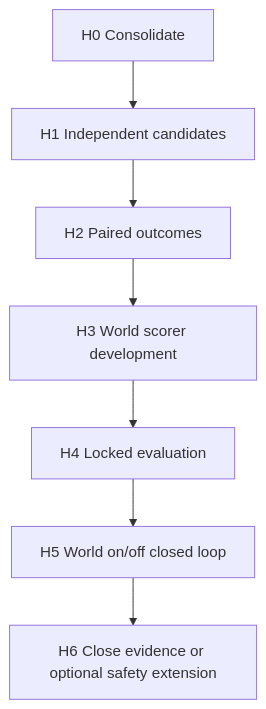
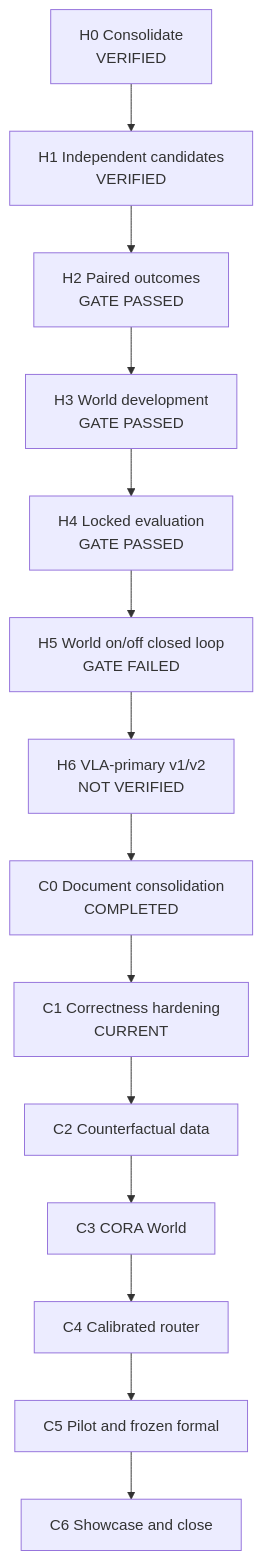
The diagram in ROADMAP.md (BaiYeGX/safedrive-foundry), drawn with Mermaid before and after one commit. The commit also changed other lines of this file and 34 other files, not shown here.

Commit message:
docs: consolidate H6-CORA active contracts

````diff
--- a/ROADMAP.md
+++ b/ROADMAP.md
@@ -8,9 +8,16 @@
 ```mermaid
 flowchart TD
-    H0["H0 Consolidate"] --> H1["H1 Independent candidates"]
-    H1 --> H2["H2 Paired outcomes"]
-    H2 --> H3["H3 World scorer development"]
-    H3 --> H4["H4 Locked evaluation"]
-    H4 --> H5["H5 World on/off closed loop"]
-    H5 --> H6["H6 Close evidence or optional safety extension"]
+    H0["H0 Consolidate<br/>VERIFIED"] --> H1["H1 Independent candidates<br/>VERIFIED"]
+    H1 --> H2["H2 Paired outcomes<br/>GATE PASSED"]
+    H2 --> H3["H3 World development<br/>GATE PASSED"]
+    H3 --> H4["H4 Locked evaluation<br/>GATE PASSED"]
+    H4 --> H5["H5 World on/off closed loop<br/>GATE FAILED"]
+    H5 --> H6["H6 VLA-primary v1/v2<br/>NOT VERIFIED"]
+    H6 --> C0["C0 Document consolidation<br/>COMPLETED"]
+    C0 --> C1["C1 Correctness hardening<br/>CURRENT"]
+    C1 --> C2["C2 Counterfactual data"]
+    C2 --> C3["C3 CORA World"]
+    C3 --> C4["C4 Calibrated router"]
+    C4 --> C5["C5 Pilot and frozen formal"]
+    C5 --> C6["C6 Showcase and close"]
 ```
````
